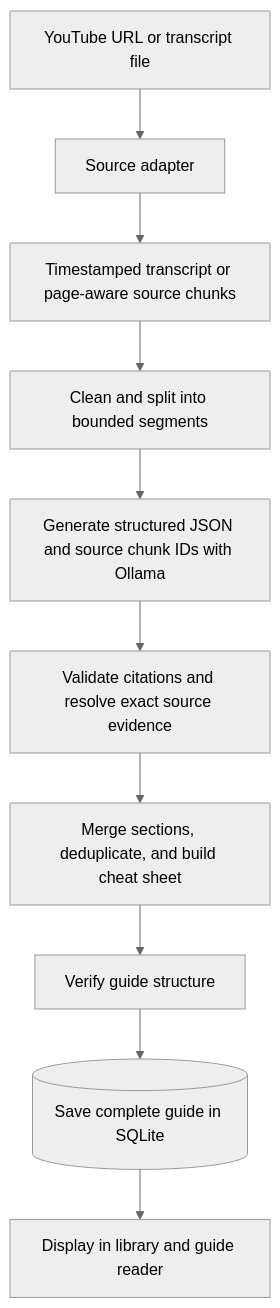
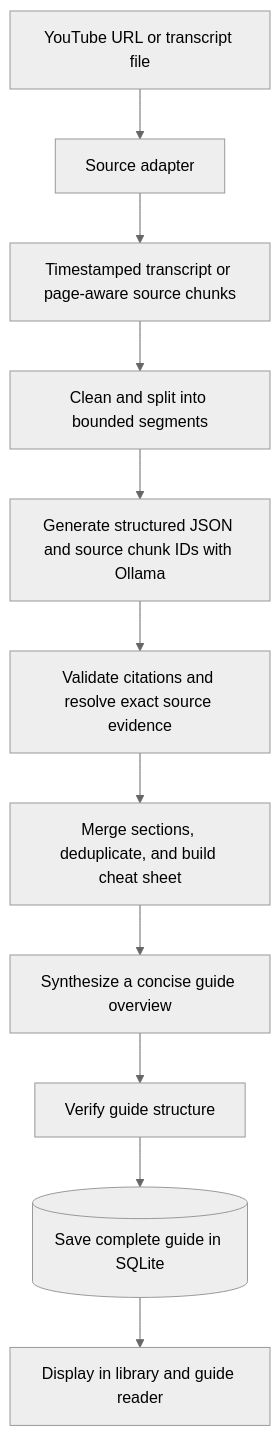
Before and after one commit to alessio-palumbo/tutorio: the diagram in README.md, drawn with Mermaid (neutral theme). The commit also changed other lines of this file and 2 other files, not shown here.

Commit message:
[ui] add guide overview controls

````diff
--- a/README.md
+++ b/README.md
@@ -42,12 +42,13 @@
 ```mermaid
 flowchart TD
     A[YouTube URL or transcript file] --> B[Source adapter]
     B --> C[Timestamped transcript or page-aware source chunks]
     C --> D[Clean and split into bounded segments]
     D --> E[Generate structured JSON and source chunk IDs with Ollama]
     E --> F[Validate citations and resolve exact source evidence]
     F --> G[Merge sections, deduplicate, and build cheat sheet]
-    G --> H[Verify guide structure]
-    H --> I[(Save complete guide in SQLite)]
-    I --> J[Display in library and guide reader]
+    G --> H[Synthesize a concise guide overview]
+    H --> I[Verify guide structure]
+    I --> J[(Save complete guide in SQLite)]
+    J --> K[Display in library and guide reader]
 ```
````
